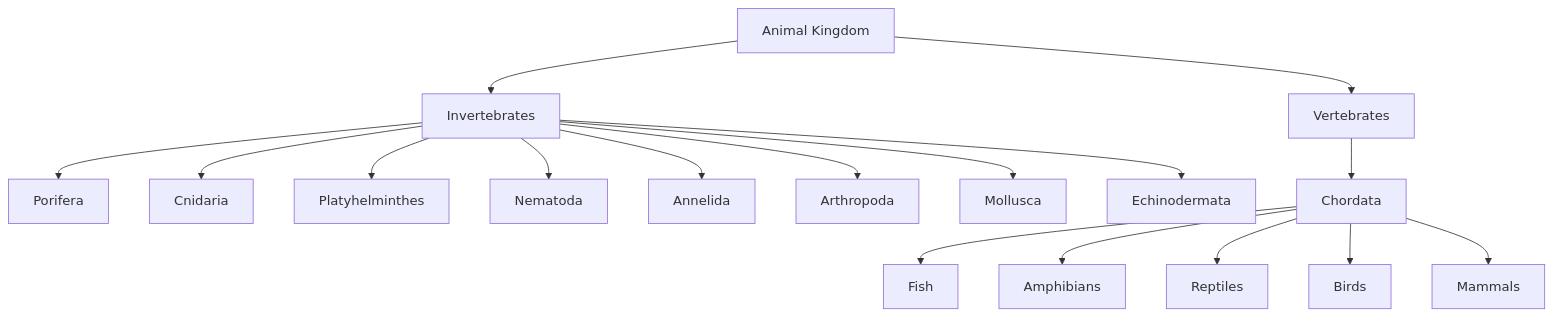
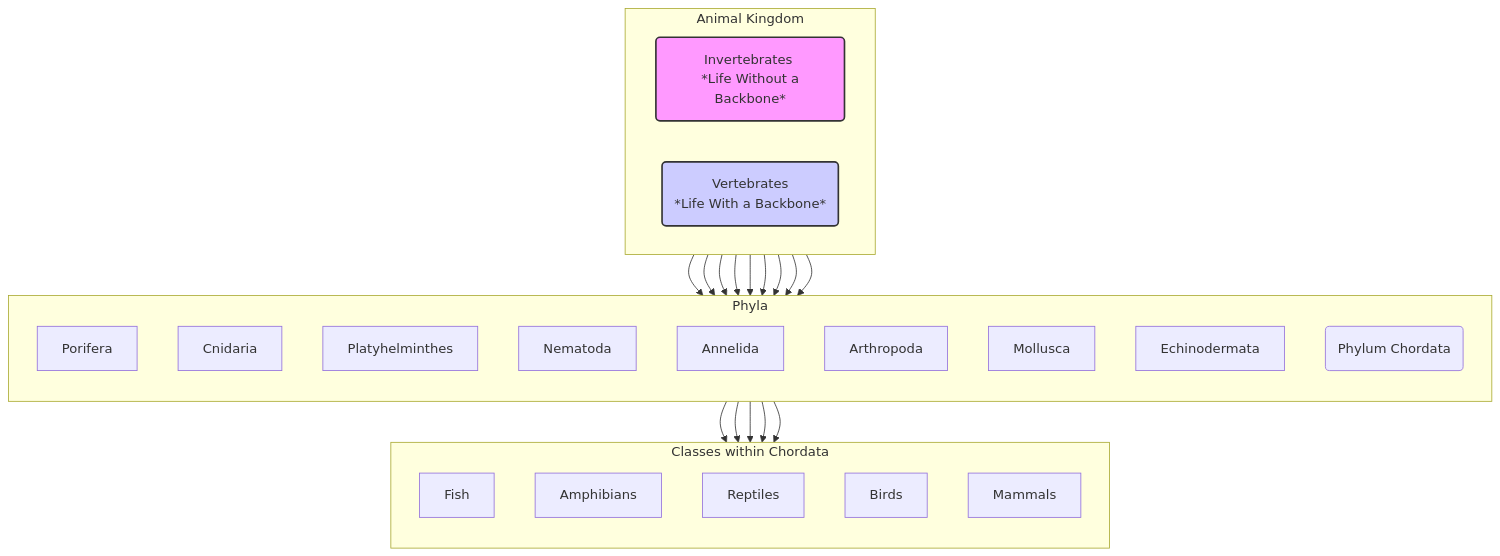
One commit to naveengarla/icse-9th-biology changed the diagram in 08-Five-Kingdom-Classification/8.7-invertebrata-and-vertebrata.md. Above: the diagram before and after it, drawn with Mermaid. The commit also changed other lines of this file and 3 other files, not shown here.

````diff
--- a/08-Five-Kingdom-Classification/8.7-invertebrata-and-vertebrata.md
+++ b/08-Five-Kingdom-Classification/8.7-invertebrata-and-vertebrata.md
@@ -35,37 +31,37 @@
 ```mermaid
-flowchart TD
-    Animalia[Animal Kingdom]
-    Invertebrates[Invertebrates]
-    Vertebrates[Vertebrates]
-    Porifera[Porifera]
-    Cnidaria[Cnidaria]
-    Platyhelminthes[Platyhelminthes]
-    Nematoda[Nematoda]
-    Annelida[Annelida]
-    Arthropoda[Arthropoda]
-    Mollusca[Mollusca]
-    Echinodermata[Echinodermata]
-    Chordata[Chordata]
-    Fish[Fish]
-    Amphibians[Amphibians]
-    Reptiles[Reptiles]
-    Birds[Birds]
-    Mammals[Mammals]
+graph TD
+    subgraph Animal Kingdom
+        direction LR
+        A(Invertebrates <br> *Life Without a Backbone*)
+        B(Vertebrates <br> *Life With a Backbone*)
+    end
 
-    Animalia --> Invertebrates
-    Animalia --> Vertebrates
-    Invertebrates --> Porifera
-    Invertebrates --> Cnidaria
-    Invertebrates --> Platyhelminthes
-    Invertebrates --> Nematoda
-    Invertebrates --> Annelida
-    Invertebrates --> Arthropoda
-    Invertebrates --> Mollusca
-    Invertebrates --> Echinodermata
-    Vertebrates --> Chordata
-    Chordata --> Fish
-    Chordata --> Amphibians
-    Chordata --> Reptiles
-    Chordata --> Birds
-    Chordata --> Mammals
+    subgraph Phyla
+        direction TB
+        P[Porifera]
+        C[Cnidaria]
+        PL[Platyhelminthes]
+        N[Nematoda]
+        AN[Annelida]
+        AR[Arthropoda]
+        M[Mollusca]
+        E[Echinodermata]
+        CH(Phylum Chordata)
+    end
+
+    subgraph Classes within Chordata
+        direction TB
+        F[Fish]
+        AM[Amphibians]
+        R[Reptiles]
+        BI[Birds]
+        MA[Mammals]
+    end
+
+    A --> P & C & PL & N & AN & AR & M & E
+    B --> CH
+    CH --> F & AM & R & BI & MA
+
+    style A fill:#f9f,stroke:#333,stroke-width:2px
+    style B fill:#ccf,stroke:#333,stroke-width:2px
 ```
````
